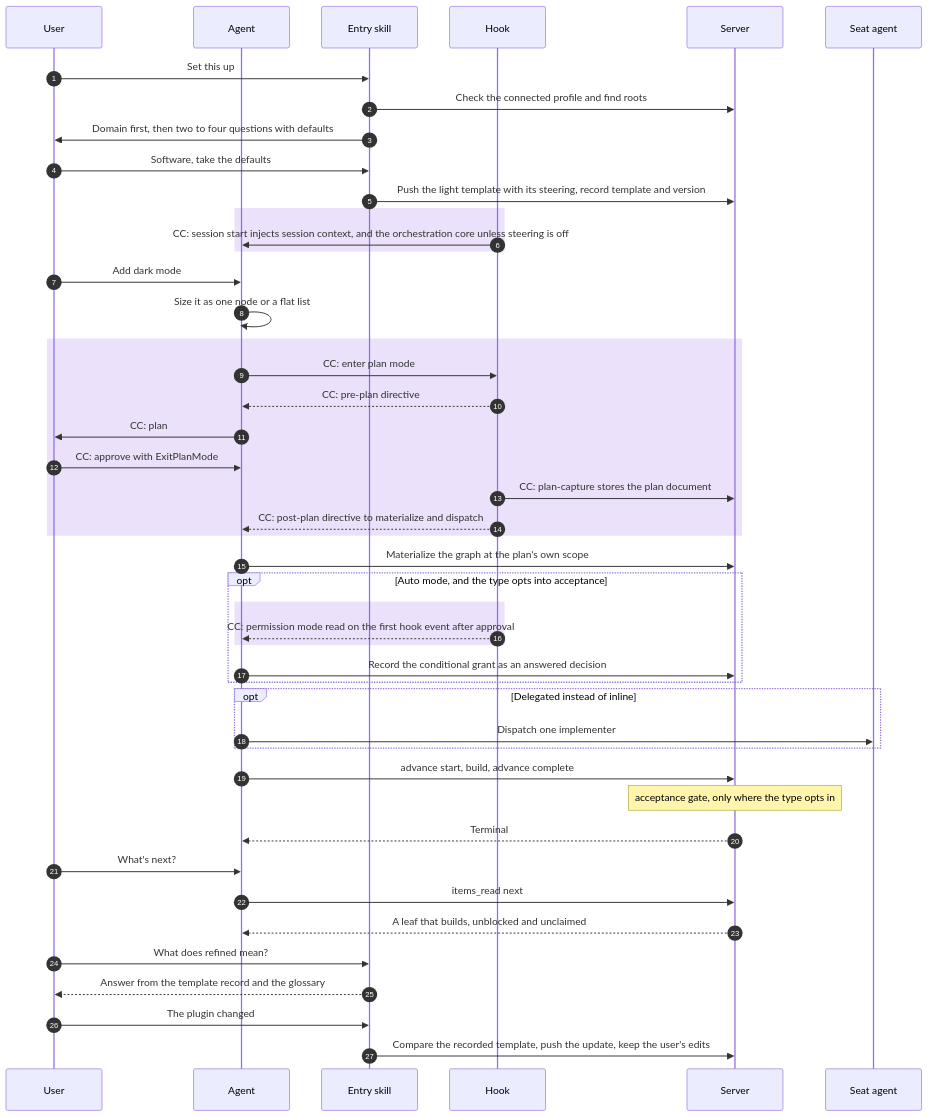
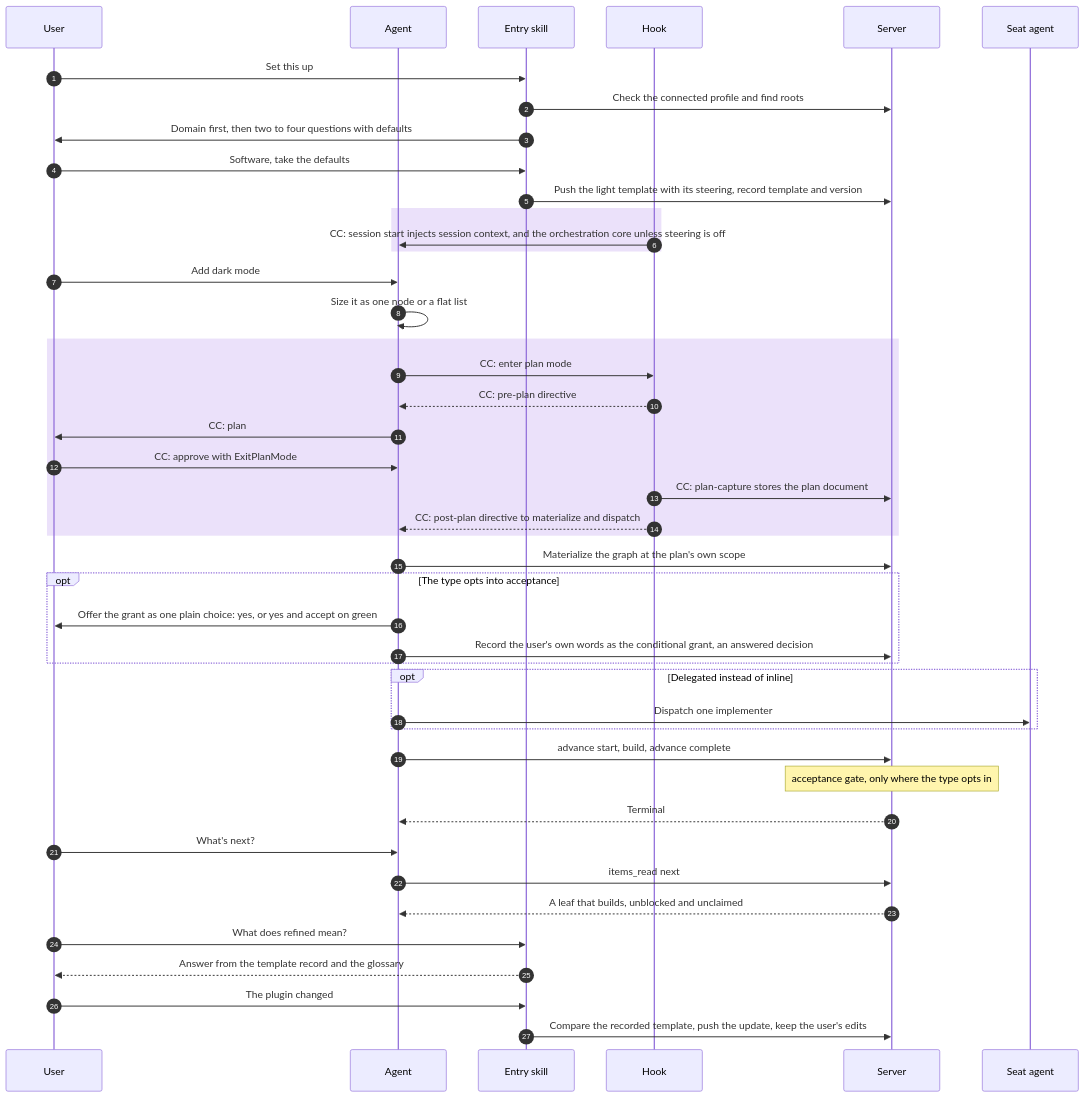
The second of 4 diagrams in design/journey-sequences.md (jpicklyk/task-orchestrator), drawn with Mermaid before and after one commit. The commit also changed other lines of this file and 48 other files, not shown here.

First line of the commit message:
docs(design): target architecture from the boundary analysis; slim root CLAUDE.md (#811)

````diff
--- a/design/journey-sequences.md
+++ b/design/journey-sequences.md
@@ -104,48 +107,46 @@
 ```mermaid
 sequenceDiagram
   autonumber
   participant U as User
   participant A as Agent
   participant E as Entry skill
   participant H as Hook
   participant S as Server
   participant T as Seat agent
   U->>E: Set this up
   E->>S: Check the connected profile and find roots
   E->>U: Domain first, then two to four questions with defaults
   U->>E: Software, take the defaults
   E->>S: Push the light template with its steering, record template and version
   rect rgb(235, 225, 250)
     H->>A: CC: session start injects session context, and the orchestration core unless steering is off
   end
   U->>A: Add dark mode
   A->>A: Size it as one node or a flat list
   rect rgb(235, 225, 250)
     A->>H: CC: enter plan mode
     H-->>A: CC: pre-plan directive
     A->>U: CC: plan
     U->>A: CC: approve with ExitPlanMode
     H->>S: CC: plan-capture stores the plan document
     H-->>A: CC: post-plan directive to materialize and dispatch
   end
   A->>S: Materialize the graph at the plan's own scope
-  opt Auto mode, and the type opts into acceptance
-    rect rgb(235, 225, 250)
-      H-->>A: CC: permission mode read on the first hook event after approval
-    end
-    A->>S: Record the conditional grant as an answered decision
+  opt The type opts into acceptance
+    A->>U: Offer the grant as one plain choice: yes, or yes and accept on green
+    A->>S: Record the user's own words as the conditional grant, an answered decision
   end
   opt Delegated instead of inline
     A->>T: Dispatch one implementer
   end
   A->>S: advance start, build, advance complete
   Note over S: acceptance gate, only where the type opts in
   S-->>A: Terminal
   U->>A: What's next?
   A->>S: items_read next
   S-->>A: A leaf that builds, unblocked and unclaimed
   U->>E: What does refined mean?
   E-->>U: Answer from the template record and the glossary
   U->>E: The plugin changed
   E->>S: Compare the recorded template, push the update, keep the user's edits
 ```
````
